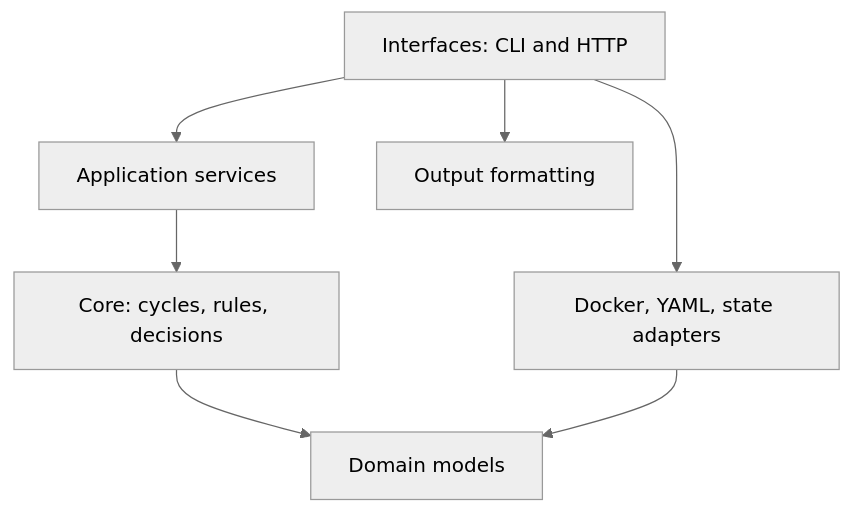
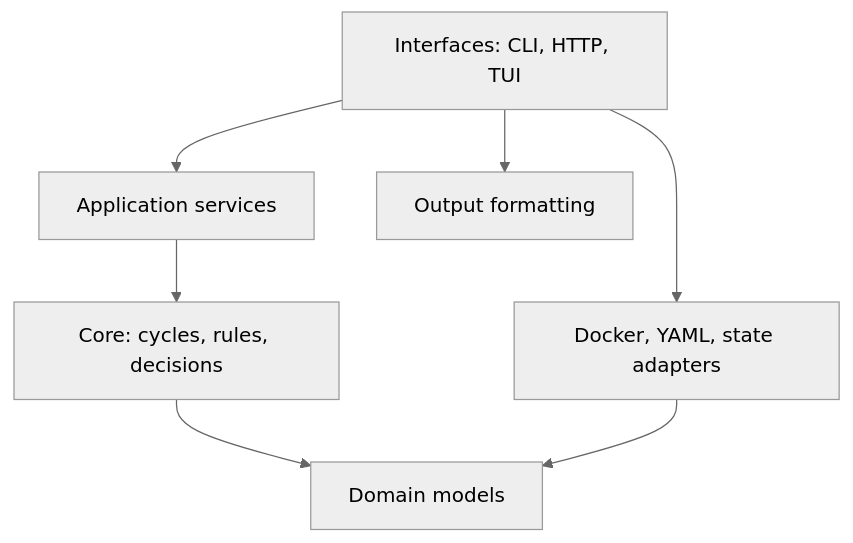
The diagram in docs/architecture.md (decryptus/monit-docker), drawn with Mermaid (neutral theme) before and after one commit. The commit also changed other lines of this file and 24 other files, not shown here.

````diff
--- a/docs/architecture.md
+++ b/docs/architecture.md
@@ -9,9 +9,9 @@
 ```mermaid
 flowchart TD
-    CLI["Interfaces: CLI and HTTP"] --> App["Application services"]
+    CLI["Interfaces: CLI, HTTP, TUI"] --> App["Application services"]
     App --> Core["Core: cycles, rules, decisions"]
     Core --> Domain["Domain models"]
     Adapters["Docker, YAML, state adapters"] --> Domain
     CLI --> Adapters
     CLI --> Outputs["Output formatting"]
 ```
````
